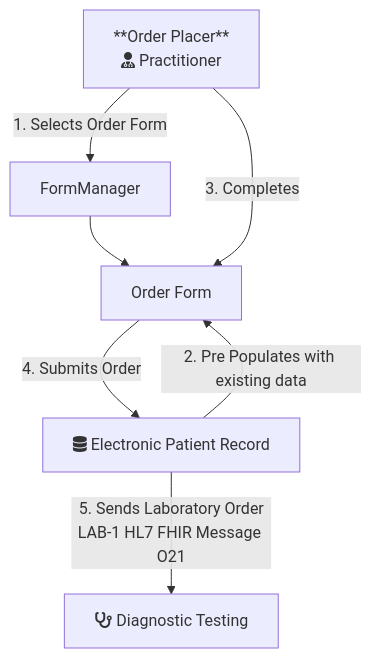
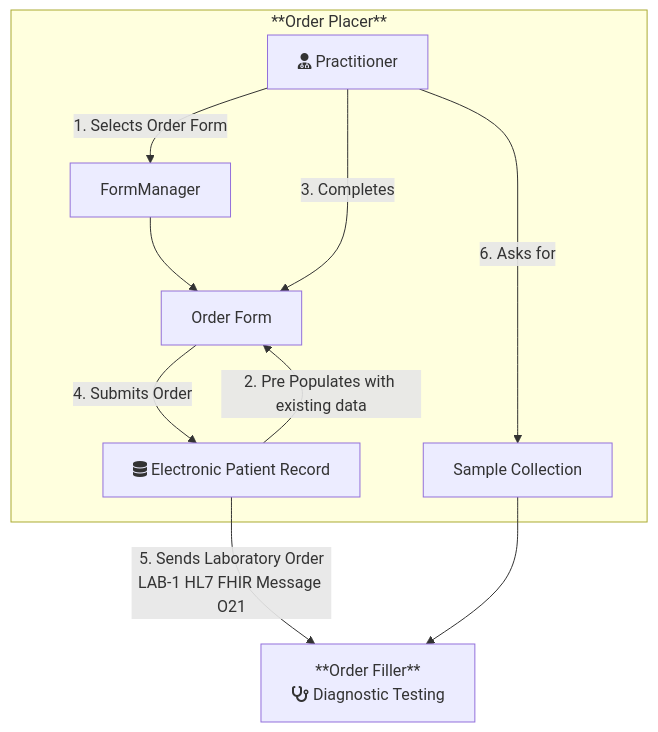
One commit to uk-gov-mirror/nw-gmsa.nw-gmsa.github.com changed the fourth of 5 diagrams in input/pagecontent/introduction.md. Above: the diagram before and after it, drawn with Mermaid.

Commit message:
Made intro page less technical

````diff
--- a/input/pagecontent/introduction.md
+++ b/input/pagecontent/introduction.md
@@ -159,10 +159,14 @@
 ```mermaid
 graph TD;
+    subgraph NHSTrust[**Order Placer**]
+        Practitioner[fas:fa-user-md Practitioner] --> |1. Selects Order Form| FormManager
+        FormManager --> OrderEntry
+        Practitioner --> |3. Completes| OrderEntry[Order Form]
+        EPR[fas:fa-database Electronic Patient Record] --> |2. Pre Populates with existing data| OrderEntry 
+        OrderEntry --> |4. Submits Order| EPR
 
-    Practitioner[**Order Placer**<br/>fas:fa-user-md Practitioner] --> |1. Selects Order Form| FormManager
-    FormManager --> OrderEntry
-    Practitioner --> |3. Completes| OrderEntry[Order Form]
-    EPR[fas:fa-database Electronic Patient Record] --> |2. Pre Populates with existing data| OrderEntry 
-    OrderEntry --> |4. Submits Order| EPR
-    EPR --> |5. Sends Laboratory Order<br/>LAB-1 HL7 FHIR Message O21| DiagnosticTesting[fas:fa-stethoscope Diagnostic Testing]
+        Practitioner --> |6. Asks for|Sample[Sample Collection]
+    end
+    EPR --> |5. Sends Laboratory Order<br/>LAB-1 HL7 FHIR Message O21| DiagnosticTesting[**Order Filler**<br/>fas:fa-stethoscope Diagnostic Testing]
+    Sample --> DiagnosticTesting
 ```
````
